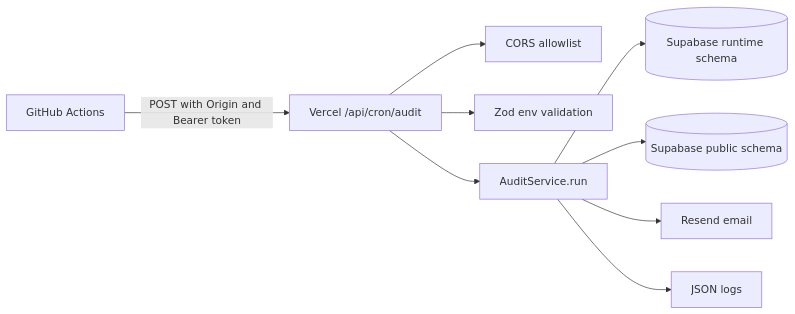
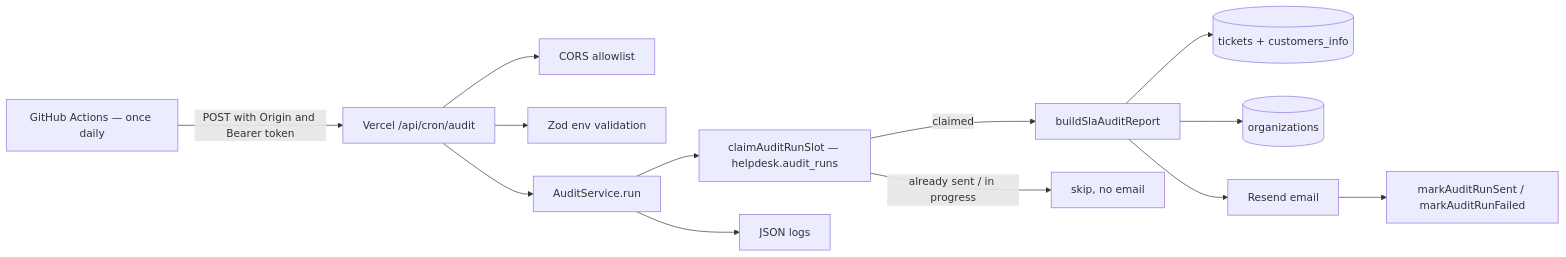
Before and after one commit to vidal-renao/vidal-helpdesk-mcp: the diagram in README.md, drawn with Mermaid. The commit also changed other lines of this file and 54 other files, not shown here.

````diff
--- a/README.md
+++ b/README.md
@@ -57,11 +59,15 @@
 ```mermaid
 flowchart LR
-  GHA[GitHub Actions] -->|POST with Origin and Bearer token| API[Vercel /api/cron/audit]
+  GHA[GitHub Actions — once daily] -->|POST with Origin and Bearer token| API[Vercel /api/cron/audit]
   API --> CORS[CORS allowlist]
   API --> ENV[Zod env validation]
   API --> SVC[AuditService.run]
-  SVC --> HD[(Supabase runtime schema)]
-  SVC --> PUB[(Supabase public schema)]
-  SVC --> RESEND[Resend email]
+  SVC --> CLAIM[claimAuditRunSlot — helpdesk.audit_runs]
+  CLAIM -->|claimed| SLA[buildSlaAuditReport]
+  CLAIM -->|already sent / in progress| SKIP[skip, no email]
+  SLA --> HD[(tickets + customers_info)]
+  SLA --> PUB[(organizations)]
+  SLA --> RESEND[Resend email]
+  RESEND --> MARK[markAuditRunSent / markAuditRunFailed]
   SVC --> LOGS[JSON logs]
 ```
````
